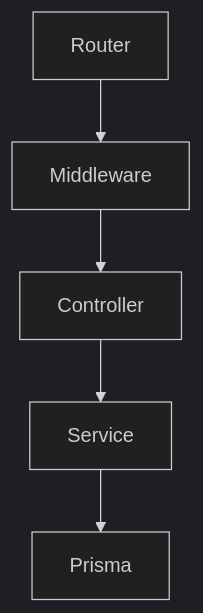
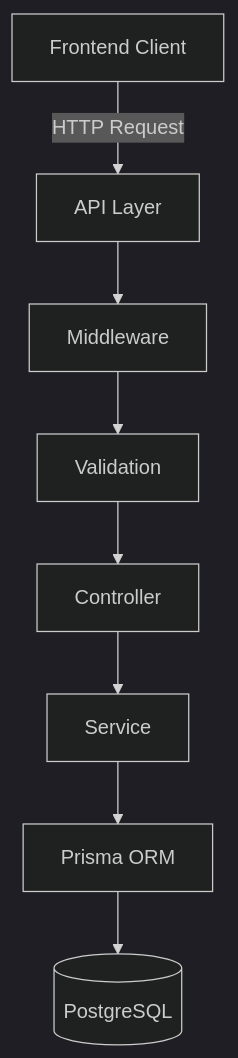
The first of 4 diagrams in docs/01-architecture.md (tegrand/eliminate), drawn with Mermaid (dark theme) before and after one commit. The commit also changed other lines of this file, not shown here.

Commit message:
docs: write comprehensive 01-architecture.md

````diff
--- a/docs/01-architecture.md
+++ b/docs/01-architecture.md
@@ -7,4 +9,10 @@
 ```mermaid
 graph TD
-    Router --> Middleware --> Controller --> Service --> Prisma
+    Client[Frontend Client] -->|HTTP Request| API[API Layer]
+    API --> Middleware[Middleware]
+    Middleware --> Zod[Validation]
+    Zod --> Controller[Controller]
+    Controller --> Service[Service]
+    Service --> Prisma[Prisma ORM]
+    Prisma --> DB[(PostgreSQL)]
 ```
````
